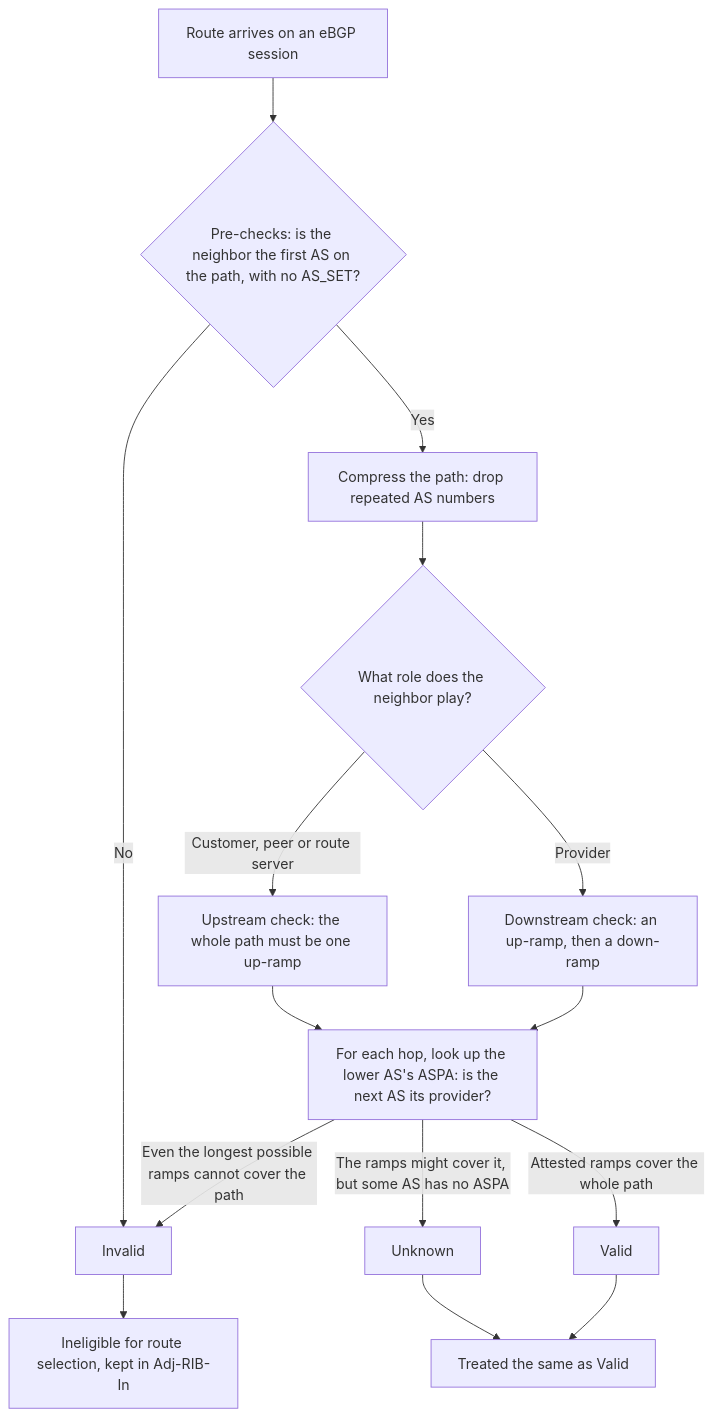
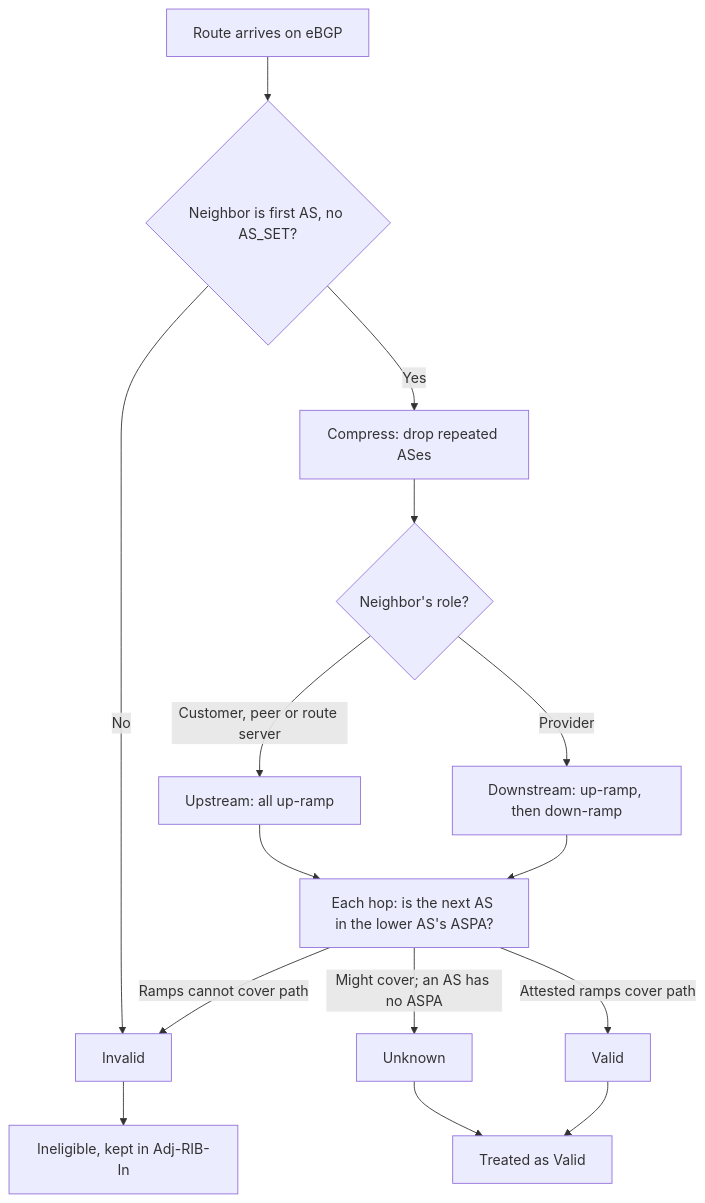
The diagram in content/explainers/apis-networking/aspa-bgp-route-leaks.md (nayan9229/hastcode), drawn with Mermaid before and after one commit. The commit also changed other lines of this file and 21 other files, not shown here.

````diff
--- a/content/explainers/apis-networking/aspa-bgp-route-leaks.md
+++ b/content/explainers/apis-networking/aspa-bgp-route-leaks.md
@@ -52,18 +52,18 @@
 ```mermaid
 %% title: How a router checks one route's AS path against ASPA records
 flowchart TD
-  R["Route arrives on an eBGP session"] --> C{"Pre-checks: is the neighbor the first AS on the path, with no AS_SET?"}
+  R["Route arrives on eBGP"] --> C{"Neighbor is first AS, no AS_SET?"}
   C -->|"No"| I["Invalid"]
-  C -->|"Yes"| P["Compress the path: drop repeated AS numbers"]
-  P --> Q{"What role does the neighbor play?"}
-  Q -->|"Customer, peer or route server"| U["Upstream check: the whole path must be one up-ramp"]
-  Q -->|"Provider"| D["Downstream check: an up-ramp, then a down-ramp"]
-  U --> A["For each hop, look up the lower AS's ASPA: is the next AS its provider?"]
+  C -->|"Yes"| P["Compress: drop repeated ASes"]
+  P --> Q{"Neighbor's role?"}
+  Q -->|"Customer, peer or route server"| U["Upstream: all up-ramp"]
+  Q -->|"Provider"| D["Downstream: up-ramp, then down-ramp"]
+  U --> A["Each hop: is the next AS in the lower AS's ASPA?"]
   D --> A
-  A -->|"Even the longest possible ramps cannot cover the path"| I
-  A -->|"The ramps might cover it, but some AS has no ASPA"| K["Unknown"]
-  A -->|"Attested ramps cover the whole path"| V["Valid"]
-  I --> X["Ineligible for route selection, kept in Adj-RIB-In"]
-  K --> Y["Treated the same as Valid"]
+  A -->|"Ramps cannot cover path"| I
+  A -->|"Might cover; an AS has no ASPA"| K["Unknown"]
+  A -->|"Attested ramps cover path"| V["Valid"]
+  I --> X["Ineligible, kept in Adj-RIB-In"]
+  K --> Y["Treated as Valid"]
   V --> Y
 ```
````
